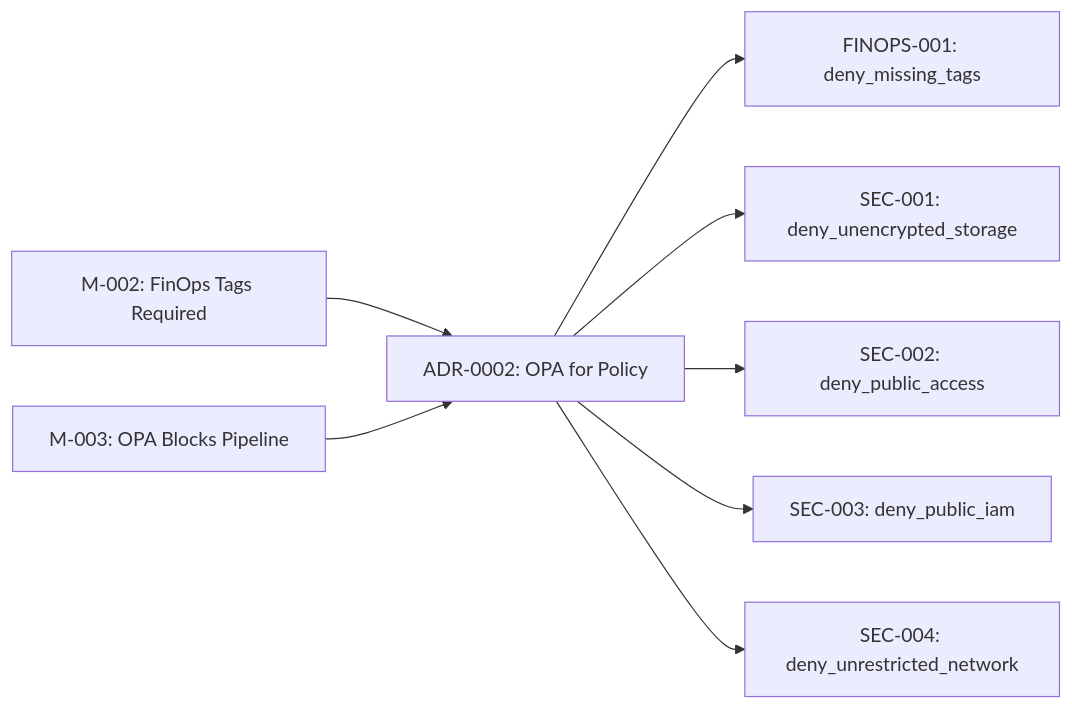
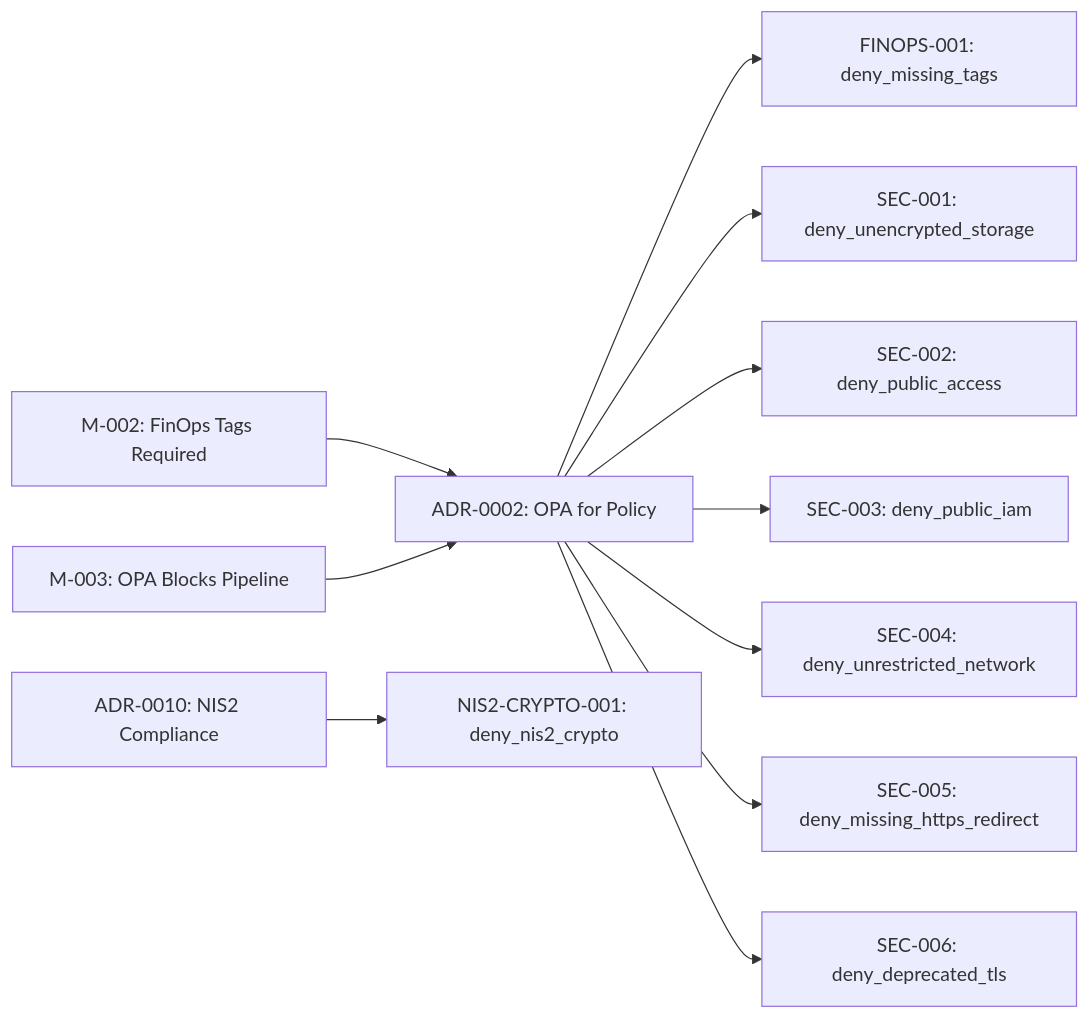
Before and after one commit to DevelApp-ai/deterministic-technical-design-specification: the first of 2 diagrams in example/docs/compliance/opa-policies.md, drawn with Mermaid. The commit also changed other lines of this file and 14 other files, not shown here.

First line of the commit message:
feat: add NIS2 compliance documentation, ADR-0010, and NIS2-CRYPTO-001 OPA policy

````diff
--- a/example/docs/compliance/opa-policies.md
+++ b/example/docs/compliance/opa-policies.md
@@ -57,10 +59,13 @@
 ```mermaid
 graph LR
     M002["M-002: FinOps Tags Required"] --> ADR002["ADR-0002: OPA for Policy"]
     M003["M-003: OPA Blocks Pipeline"] --> ADR002
     ADR002 --> FIN001["FINOPS-001: deny_missing_tags"]
     ADR002 --> SEC001["SEC-001: deny_unencrypted_storage"]
     ADR002 --> SEC002["SEC-002: deny_public_access"]
     ADR002 --> SEC003["SEC-003: deny_public_iam"]
     ADR002 --> SEC004["SEC-004: deny_unrestricted_network"]
+    ADR002 --> SEC005["SEC-005: deny_missing_https_redirect"]
+    ADR002 --> SEC006["SEC-006: deny_deprecated_tls"]
+    ADR010["ADR-0010: NIS2 Compliance"] --> NIS2C["NIS2-CRYPTO-001: deny_nis2_crypto"]
 ```
````
